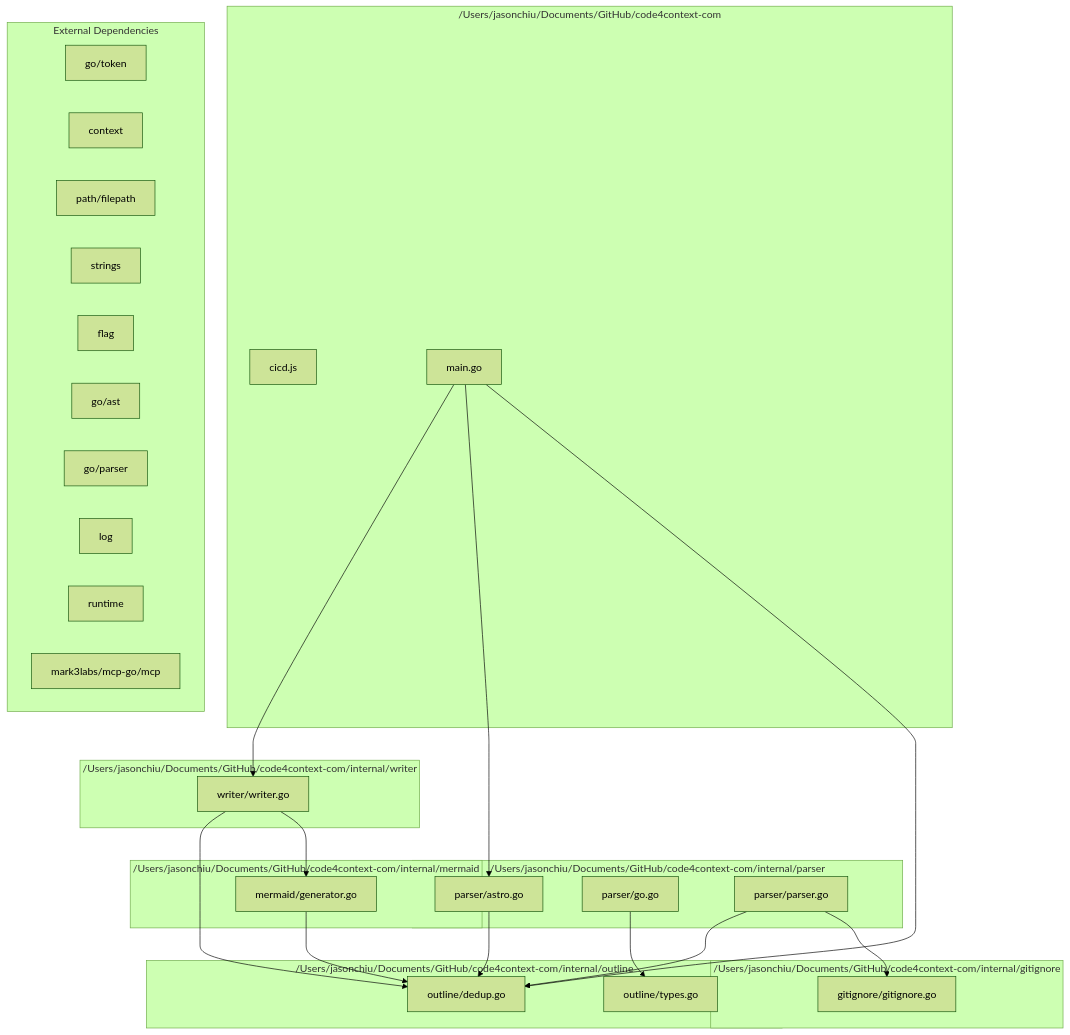
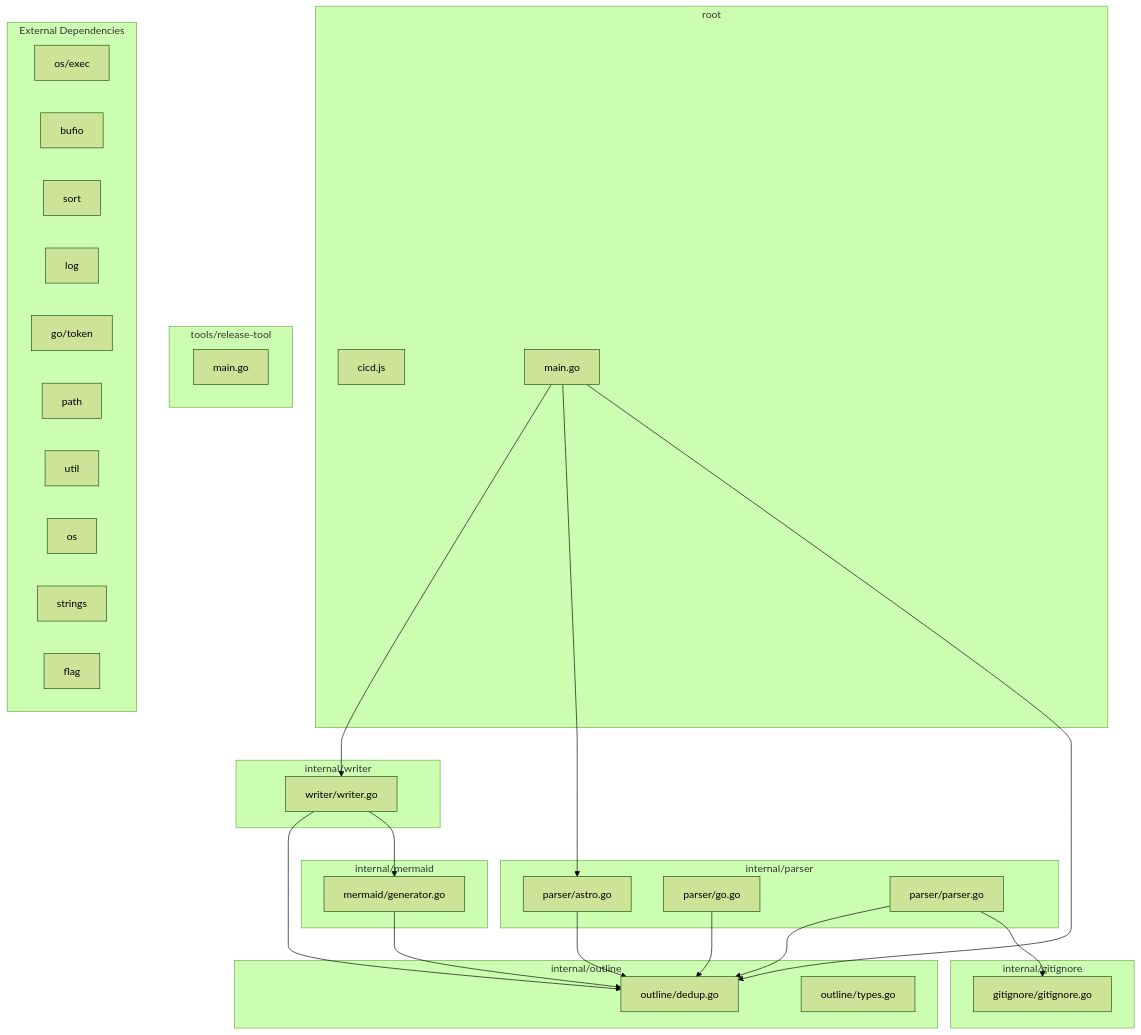
Before and after one commit to jasonwillschiu/codebrev: the third of 3 diagrams in codebrev.md, drawn with Mermaid (forest theme). The commit also changed other lines of this file and 16 other files, not shown here.

````diff
--- a/codebrev.md
+++ b/codebrev.md
@@ -42,54 +71,58 @@
 ```mermaid
 graph TB
-    subgraph _Users_jasonchiu_Documents_GitHub_code4context-com ["/Users/jasonchiu/Documents/GitHub/code4context-com"]
-        N0["cicd.js"]
-        N1["main.go"]
+    subgraph internal_gitignore ["internal/gitignore"]
+        N0["gitignore/gitignore.go"]
     end
 
-    subgraph _Users_jasonchiu_Documents_GitHub_code4context-com_internal_gitignore ["/Users/jasonchiu/Documents/GitHub/code4context-com/internal/gitignore"]
-        N2["gitignore/gitignore.go"]
+    subgraph internal_mermaid ["internal/mermaid"]
+        N1["mermaid/generator.go"]
     end
 
-    subgraph _Users_jasonchiu_Documents_GitHub_code4context-com_internal_mermaid ["/Users/jasonchiu/Documents/GitHub/code4context-com/internal/mermaid"]
-        N3["mermaid/generator.go"]
+    subgraph internal_outline ["internal/outline"]
+        N2["outline/dedup.go"]
+        N3["outline/types.go"]
     end
 
-    subgraph _Users_jasonchiu_Documents_GitHub_code4context-com_internal_outline ["/Users/jasonchiu/Documents/GitHub/code4context-com/internal/outline"]
-        N4["outline/dedup.go"]
-        N5["outline/types.go"]
+    subgraph internal_parser ["internal/parser"]
+        N4["parser/astro.go"]
+        N5["parser/go.go"]
+        N6["parser/parser.go"]
     end
 
-    subgraph _Users_jasonchiu_Documents_GitHub_code4context-com_internal_parser ["/Users/jasonchiu/Documents/GitHub/code4context-com/internal/parser"]
-        N6["parser/astro.go"]
-        N7["parser/go.go"]
-        N8["parser/parser.go"]
+    subgraph internal_writer ["internal/writer"]
+        N7["writer/writer.go"]
     end
 
-    subgraph _Users_jasonchiu_Documents_GitHub_code4context-com_internal_writer ["/Users/jasonchiu/Documents/GitHub/code4context-com/internal/writer"]
-        N9["writer/writer.go"]
+    subgraph root ["root"]
+        N8["cicd.js"]
+        N9["main.go"]
+    end
+
+    subgraph tools_release-tool ["tools/release-tool"]
+        N10["main.go"]
     end
 
     subgraph external ["External Dependencies"]
-        EXT0["go/token"]
-        EXT1["context"]
-        EXT2["path/filepath"]
-        EXT3["strings"]
-        EXT4["flag"]
-        EXT5["go/ast"]
-        EXT6["go/parser"]
-        EXT7["log"]
-        EXT8["runtime"]
-        EXT9["mark3labs/mcp-go/mcp"]
+        EXT0["os/exec"]
+        EXT1["bufio"]
+        EXT2["sort"]
+        EXT3["log"]
+        EXT4["go/token"]
+        EXT5["path"]
+        EXT6["util"]
+        EXT7["os"]
+        EXT8["strings"]
+        EXT9["flag"]
     end
 
-    N3 --> N4
-    N6 --> N4
-    N8 --> N2
-    N8 --> N4
-    N7 --> N5
-    N9 --> N3
+    N5 --> N2
+    N6 --> N0
+    N6 --> N2
+    N1 --> N2
+    N4 --> N2
+    N7 --> N1
+    N7 --> N2
+    N9 --> N2
     N9 --> N4
-    N1 --> N4
-    N1 --> N6
-    N1 --> N9
+    N9 --> N7
 ```
````
